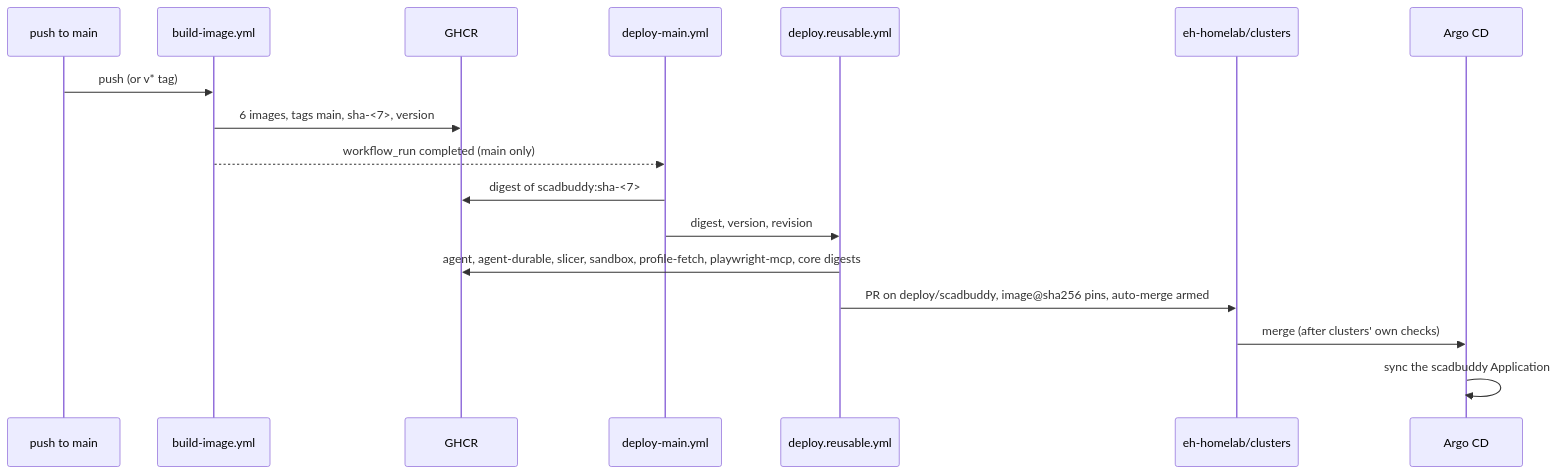
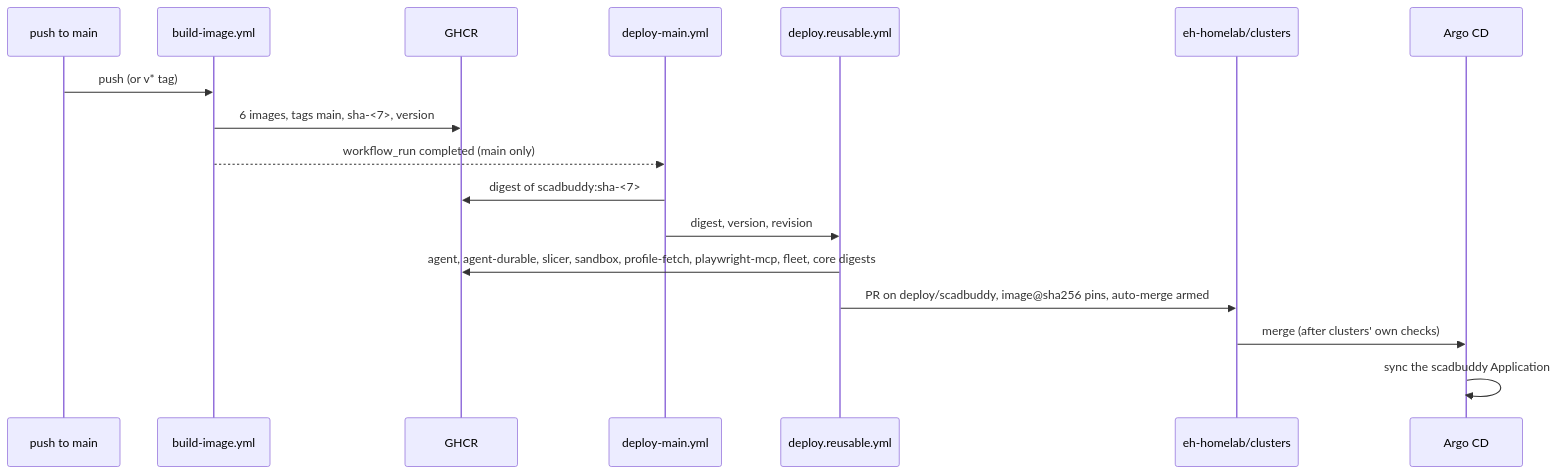
One commit to eh-homelab/ScadBuddy changed the diagram in docs/architecture/ci-and-deploy.md. Above: the diagram before and after it, drawn with Mermaid. The commit also changed other lines of this file and 3 other files, not shown here.

````diff
--- a/docs/architecture/ci-and-deploy.md
+++ b/docs/architecture/ci-and-deploy.md
@@ -41,19 +41,19 @@
 ```mermaid
 sequenceDiagram
     participant Main as push to main
     participant BI as build-image.yml
     participant GHCR
     participant DM as deploy-main.yml
     participant DR as deploy.reusable.yml
     participant CL as eh-homelab/clusters
     participant Argo as Argo CD
     Main->>BI: push (or v* tag)
     BI->>GHCR: 6 images, tags main, sha-<7>, version
     BI-->>DM: workflow_run completed (main only)
     DM->>GHCR: digest of scadbuddy:sha-<7>
     DM->>DR: digest, version, revision
-    DR->>GHCR: agent, agent-durable, slicer, sandbox, profile-fetch, playwright-mcp, core digests
+    DR->>GHCR: agent, agent-durable, slicer, sandbox, profile-fetch, playwright-mcp, fleet, core digests
     DR->>CL: PR on deploy/scadbuddy, image@sha256 pins, auto-merge armed
     CL->>Argo: merge (after clusters' own checks)
     Argo->>Argo: sync the scadbuddy Application
 ```
````
